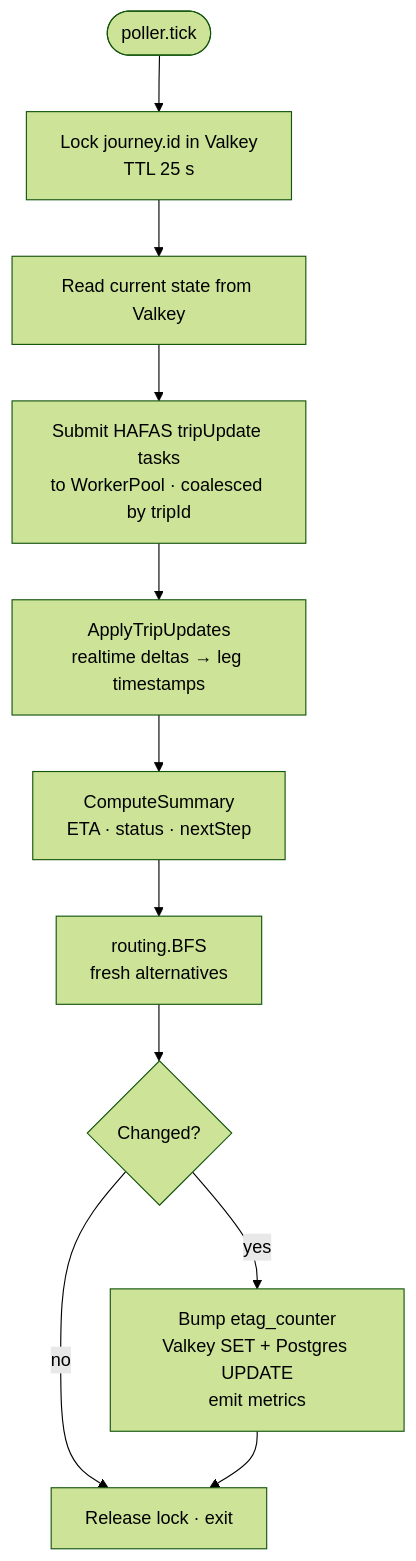
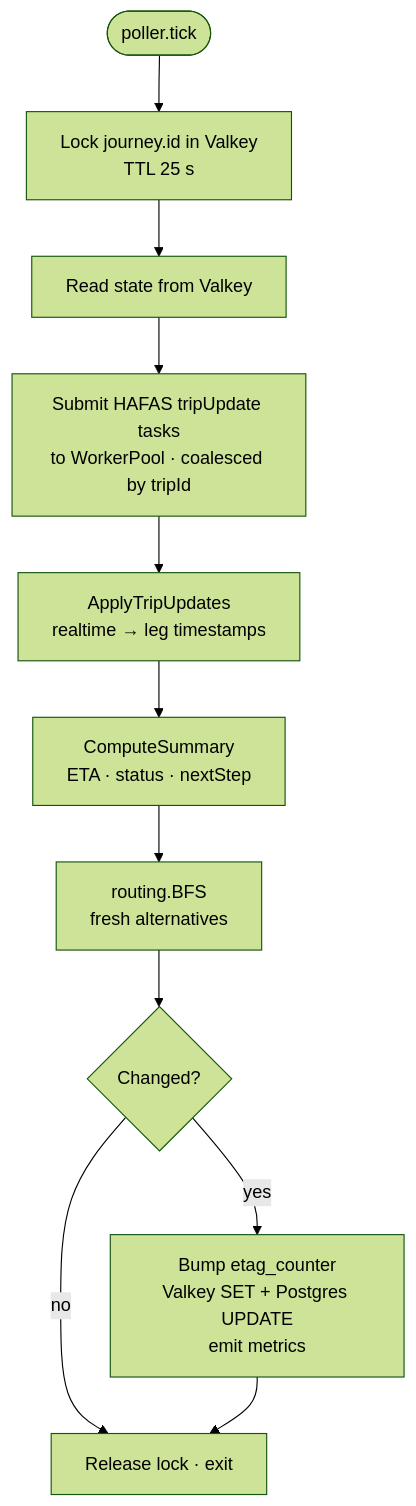
The third of 3 diagrams in website/docs/architecture/data-flow.md (mgummich/train-delay-buddy), drawn with Mermaid (forest theme) before and after one commit. The commit also changed other lines of this file and 111 other files, not shown here.

````diff
--- a/website/docs/architecture/data-flow.md
+++ b/website/docs/architecture/data-flow.md
@@ -50,13 +50,13 @@
 ```mermaid
 flowchart TD
   A([poller.tick]) --> B["Lock journey.id in Valkey\nTTL 25 s"]
-  B --> C["Read current state from Valkey"]
+  B --> C["Read state from Valkey"]
   C --> D["Submit HAFAS tripUpdate tasks\nto WorkerPool · coalesced by tripId"]
-  D --> E["ApplyTripUpdates\nrealtime deltas → leg timestamps"]
+  D --> E["ApplyTripUpdates\nrealtime → leg timestamps"]
   E --> F["ComputeSummary\nETA · status · nextStep"]
   F --> G["routing.BFS\nfresh alternatives"]
   G --> H{Changed?}
   H -->|no| H1["Release lock · exit"]
   H -->|yes| I["Bump etag_counter\nValkey SET + Postgres UPDATE\nemit metrics"]
   I --> H1
 ```
````
